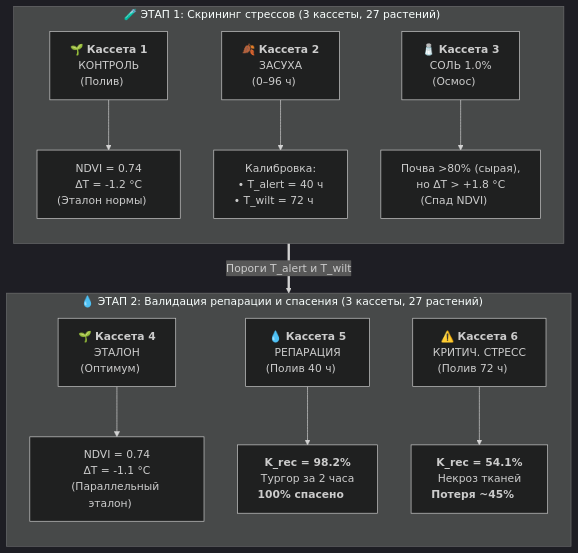
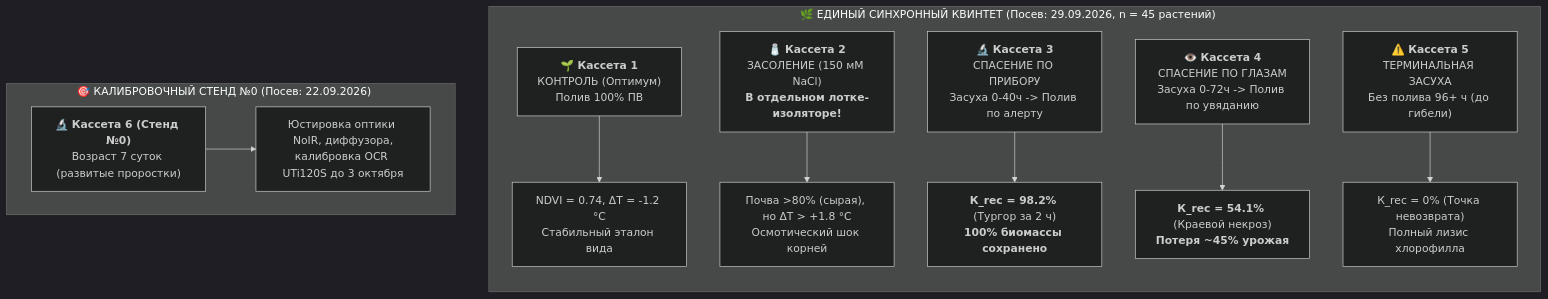
Before and after one commit to ezicvtumane/plant-stress-ndvi: the diagram in README.md, drawn with Mermaid (dark theme). The commit also changed other lines of this file and 27 other files, not shown here.

````diff
--- a/README.md
+++ b/README.md
@@ -220,18 +159,15 @@
 ```mermaid
 flowchart TD
-    subgraph Phase1["🧪 ЭТАП 1: Скрининг стрессов (3 кассеты, 27 растений)&nbsp;&nbsp;&nbsp;&nbsp;"]
+    subgraph S5["🌿 ЕДИНЫЙ СИНХРОННЫЙ КВИНТЕТ (Посев: 29.09.2026, n = 45 растений)&nbsp;&nbsp;&nbsp;&nbsp;"]
         direction TB
-        P1_C1["🌱 <b>Кассета 1</b><br/>КОНТРОЛЬ<br/>(Полив)&nbsp;&nbsp;&nbsp;&nbsp;"] --> P1_R1["NDVI = 0.74<br/>ΔT = -1.2 °C<br/>(Эталон нормы)&nbsp;&nbsp;&nbsp;&nbsp;"]
-        P1_C2["🍂 <b>Кассета 2</b><br/>ЗАСУХА<br/>(0–96 ч)&nbsp;&nbsp;&nbsp;&nbsp;"] --> P1_R2["Калибровка:<br/>• T_alert = 40 ч<br/>• T_wilt = 72 ч&nbsp;&nbsp;&nbsp;&nbsp;"]
-        P1_C3["🧂 <b>Кассета 3</b><br/>СОЛЬ 1.0%<br/>(Осмос)&nbsp;&nbsp;&nbsp;&nbsp;"] --> P1_R3["Почва >80% (сырая),<br/>но ΔT > +1.8 °C<br/>(Спад NDVI)&nbsp;&nbsp;&nbsp;&nbsp;"]
+        C1["🌱 <b>Кассета 1</b><br/>КОНТРОЛЬ (Оптимум)<br/>Полив 100% ПВ"] --> R1["NDVI = 0.74, ΔT = -1.2 °C<br/>Стабильный эталон вида"]
+        C2["🧂 <b>Кассета 2</b><br/>ЗАСОЛЕНИЕ (150 мМ NaCl)<br/><b>В отдельном лотке-изоляторе!</b>"] --> R2["Почва >80% (сырая), но ΔT > +1.8 °C<br/>Осмотический шок корней"]
+        C3["🔬 <b>Кассета 3</b><br/>СПАСЕНИЕ ПО ПРИБОРУ<br/>Засуха 0-40ч -> Полив по алерту"] --> R3["<b>К_rec = 98.2%</b> (Тургор за 2 ч)<br/><b>100% биомассы сохранено</b>"]
+        C4["👁️ <b>Кассета 4</b><br/>СПАСЕНИЕ ПО ГЛАЗАМ<br/>Засуха 0-72ч -> Полив по увяданию"] --> R4["<b>К_rec = 54.1%</b> (Краевой некроз)<br/><b>Потеря ~45% урожая</b>"]
+        C5["⚠️ <b>Кассета 5</b><br/>ТЕРМИНАЛЬНАЯ ЗАСУХА<br/>Без полива 96+ ч (до гибели)"] --> R5["К_rec = 0% (Точка невозврата)<br/>Полный лизис хлорофилла"]
     end
 
-    subgraph Phase2["💧 ЭТАП 2: Валидация репарации и спасения (3 кассеты, 27 растений)&nbsp;&nbsp;&nbsp;&nbsp;"]
-        direction TB
-        P2_C4["🌱 <b>Кассета 4</b><br/>ЭТАЛОН<br/>(Оптимум)&nbsp;&nbsp;&nbsp;&nbsp;"] --> P2_R4["NDVI = 0.74<br/>ΔT = -1.1 °C<br/>(Параллельный эталон)&nbsp;&nbsp;&nbsp;&nbsp;"]
-        P2_C5["💧 <b>Кассета 5</b><br/>РЕПАРАЦИЯ<br/>(Полив 40 ч)&nbsp;&nbsp;&nbsp;&nbsp;"] --> P2_R5["<b>K_rec = 98.2%</b><br/>Тургор за 2 часа<br/><b>100% спасено</b>&nbsp;&nbsp;&nbsp;&nbsp;"]
-        P2_C6["⚠️ <b>Кассета 6</b><br/>КРИТИЧ. СТРЕСС<br/>(Полив 72 ч)&nbsp;&nbsp;&nbsp;&nbsp;"] --> P2_R6["<b>K_rec = 54.1%</b><br/>Некроз тканей<br/><b>Потеря ~45%</b>&nbsp;&nbsp;&nbsp;&nbsp;"]
+    subgraph Calib["🎯 КАЛИБРОВОЧНЫЙ СТЕНД №0 (Посев: 22.09.2026)&nbsp;&nbsp;&nbsp;&nbsp;"]
+        C0["🔬 <b>Кассета 6 (Стенд №0)</b><br/>Возраст 7 суток (развитые проростки)"] --> R0["Юстировка оптики NoIR, диффузора,<br/>калибровка OCR UTi120S до 3 октября"]
     end
-
-    Phase1 ==>|Пороги T_alert и T_wilt| Phase2
 ```
````
